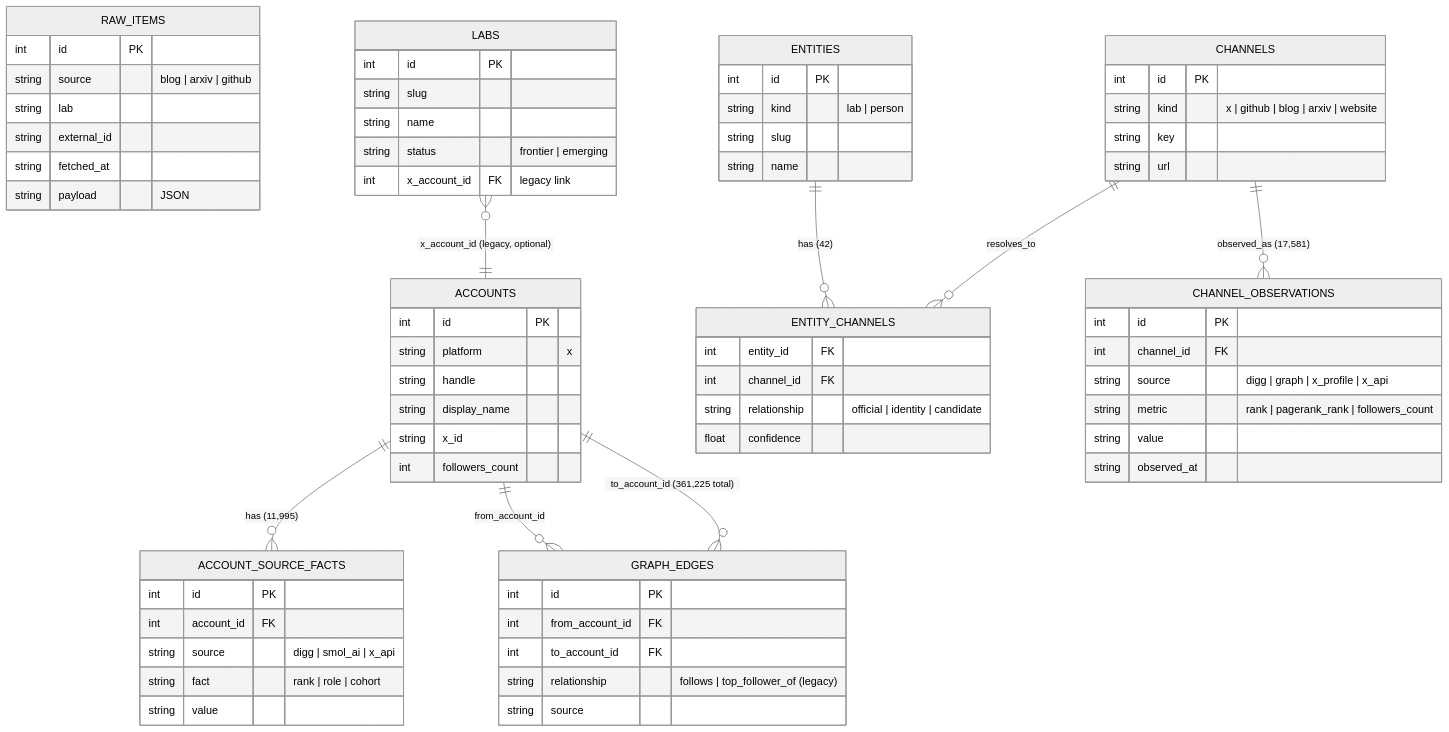
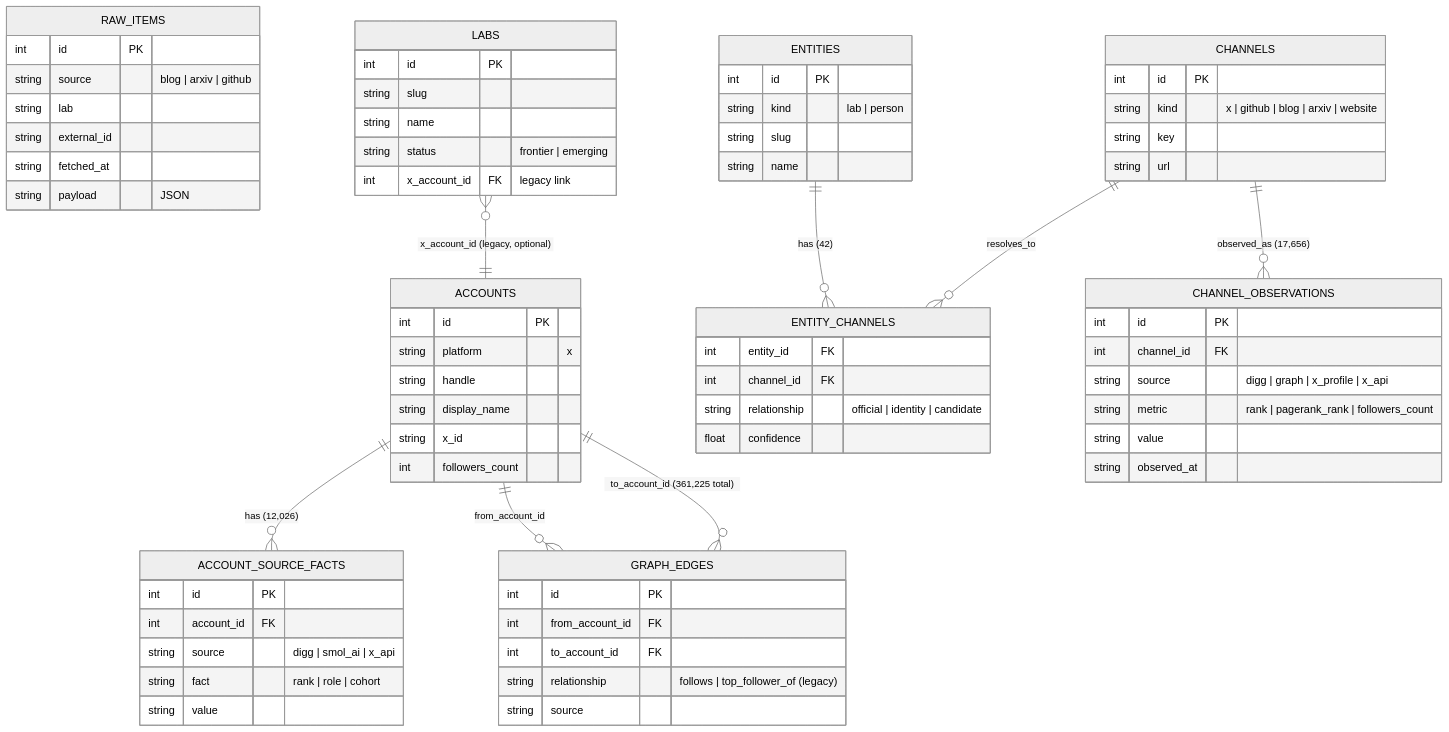
The third of 4 diagrams in docs/architecture/overview.md (AdithyanI/frontier-lab-intelligence), drawn with Mermaid (neutral theme) before and after one commit. The commit also changed other lines of this file and 5 other files, not shown here.

````diff
--- a/docs/architecture/overview.md
+++ b/docs/architecture/overview.md
@@ -158,74 +162,74 @@
 ```mermaid
 erDiagram
     RAW_ITEMS {
         int id PK
         string source "blog | arxiv | github"
         string lab
         string external_id
         string fetched_at
         string payload "JSON"
     }
     ACCOUNTS {
         int id PK
         string platform "x"
         string handle
         string display_name
         string x_id
         int followers_count
     }
     ACCOUNT_SOURCE_FACTS {
         int id PK
         int account_id FK
         string source "digg | smol_ai | x_api"
         string fact "rank | role | cohort"
         string value
     }
     GRAPH_EDGES {
         int id PK
         int from_account_id FK
         int to_account_id FK
         string relationship "follows | top_follower_of (legacy)"
         string source
     }
     LABS {
         int id PK
         string slug
         string name
         string status "frontier | emerging"
         int x_account_id FK "legacy link"
     }
     ENTITIES {
         int id PK
         string kind "lab | person"
         string slug
         string name
     }
     CHANNELS {
         int id PK
         string kind "x | github | blog | arxiv | website"
         string key
         string url
     }
     ENTITY_CHANNELS {
         int entity_id FK
         int channel_id FK
         string relationship "official | identity | candidate"
         float confidence
     }
     CHANNEL_OBSERVATIONS {
         int id PK
         int channel_id FK
         string source "digg | graph | x_profile | x_api"
         string metric "rank | pagerank_rank | followers_count"
         string value
         string observed_at
     }
 
-    ACCOUNTS ||--o{ ACCOUNT_SOURCE_FACTS : "has (11,995)"
+    ACCOUNTS ||--o{ ACCOUNT_SOURCE_FACTS : "has (12,026)"
     ACCOUNTS ||--o{ GRAPH_EDGES : "from_account_id"
     ACCOUNTS ||--o{ GRAPH_EDGES : "to_account_id (361,225 total)"
     LABS }o--|| ACCOUNTS : "x_account_id (legacy, optional)"
     ENTITIES ||--o{ ENTITY_CHANNELS : "has (42)"
     CHANNELS ||--o{ ENTITY_CHANNELS : resolves_to
-    CHANNELS ||--o{ CHANNEL_OBSERVATIONS : "observed_as (17,581)"
+    CHANNELS ||--o{ CHANNEL_OBSERVATIONS : "observed_as (17,656)"
 ```
````
